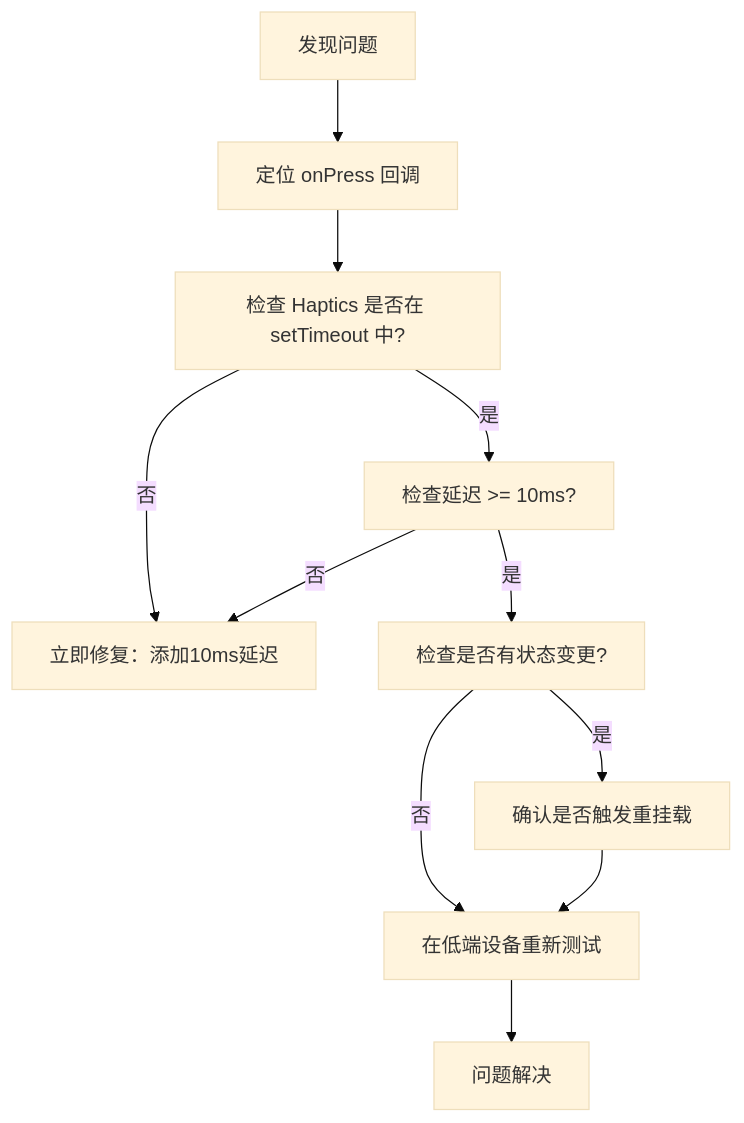
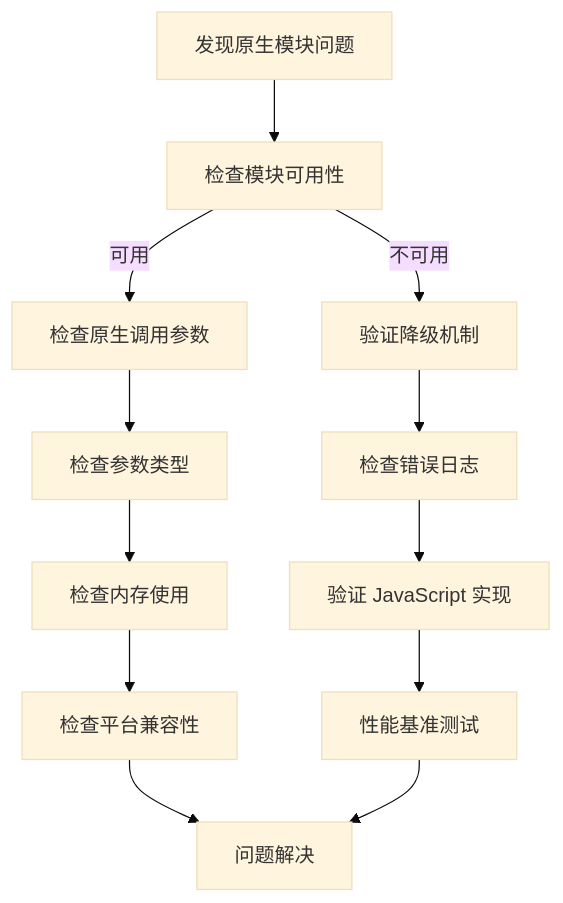
Diagram 14 of 14 in .qoder/repowiki/zh/content/架构文档/原生桥接防护.md (NarcisWL/Nexara), drawn with Mermaid (base theme) before and after one commit. The commit also changed other lines of this file and 5 other files, not shown here.

````diff
--- a/.qoder/repowiki/zh/content/架构文档/原生桥接防护.md
+++ b/.qoder/repowiki/zh/content/架构文档/原生桥接防护.md
@@ -320,13 +526,14 @@
 ```mermaid
 flowchart TD
-A[发现问题] --> B[定位 onPress 回调]
-B --> C[检查 Haptics 是否在 setTimeout 中?]
-C --> |否| D[立即修复：添加10ms延迟]
-C --> |是| E[检查延迟 >= 10ms?]
-E --> |否| D
-E --> |是| F[检查是否有状态变更?]
-F --> |是| G[确认是否触发重挂载]
-F --> |否| H[在低端设备重新测试]
-G --> H
-H --> I[问题解决]
+A[发现原生模块问题] --> B[检查模块可用性]
+B --> |可用| C[检查原生调用参数]
+B --> |不可用| D[验证降级机制]
+C --> E[检查参数类型]
+E --> F[检查内存使用]
+F --> G[检查平台兼容性]
+D --> H[检查错误日志]
+H --> I[验证 JavaScript 实现]
+I --> J[性能基准测试]
+G --> K[问题解决]
+J --> K
 ```
````
